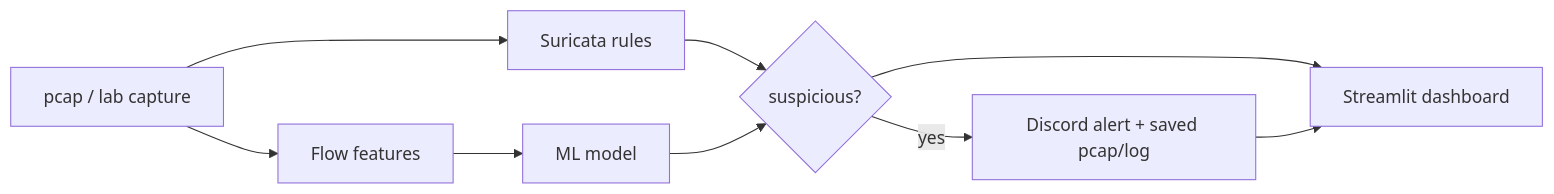
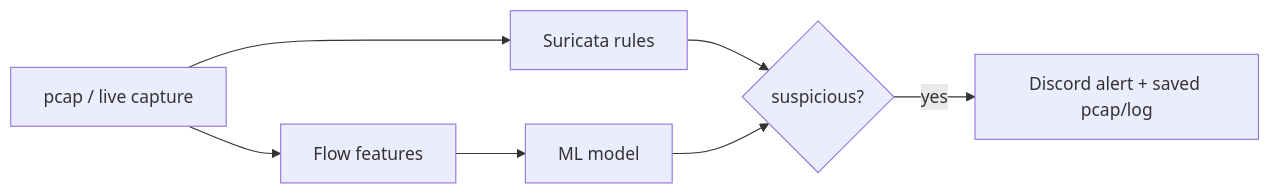
Before and after one commit to lisamzhr/heimdall-lite: the diagram in README.md, drawn with Mermaid. The commit also changed other lines of this file, not shown here.

Commit message:
finalize scope and demo flow

````diff
--- a/README.md
+++ b/README.md
@@ -11,11 +11,9 @@
 ```mermaid
 flowchart LR
-  A[pcap / lab capture] --> B[Suricata rules]
+  A[pcap / live capture] --> B[Suricata rules]
   A --> C[Flow features]
   C --> D[ML model]
   B --> E{suspicious?}
   D --> E
   E -->|yes| F[Discord alert + saved pcap/log]
-  E --> G[Streamlit dashboard]
-  F --> G
 ```
````
